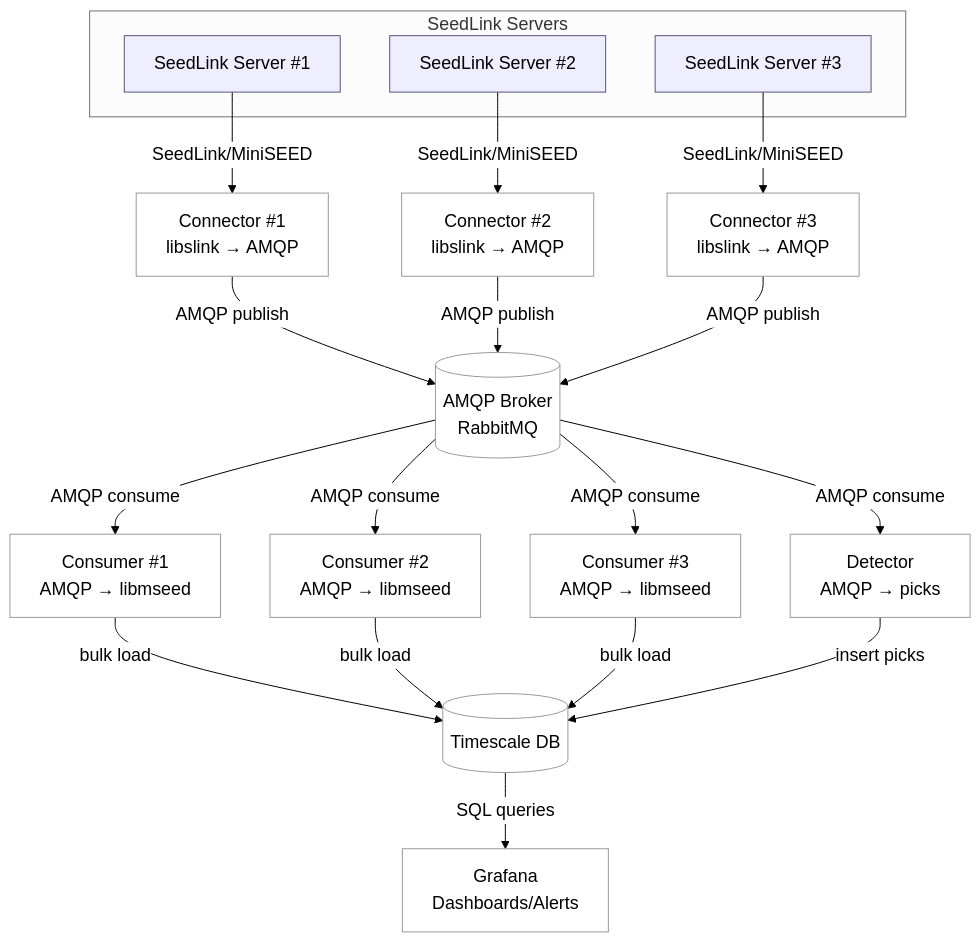
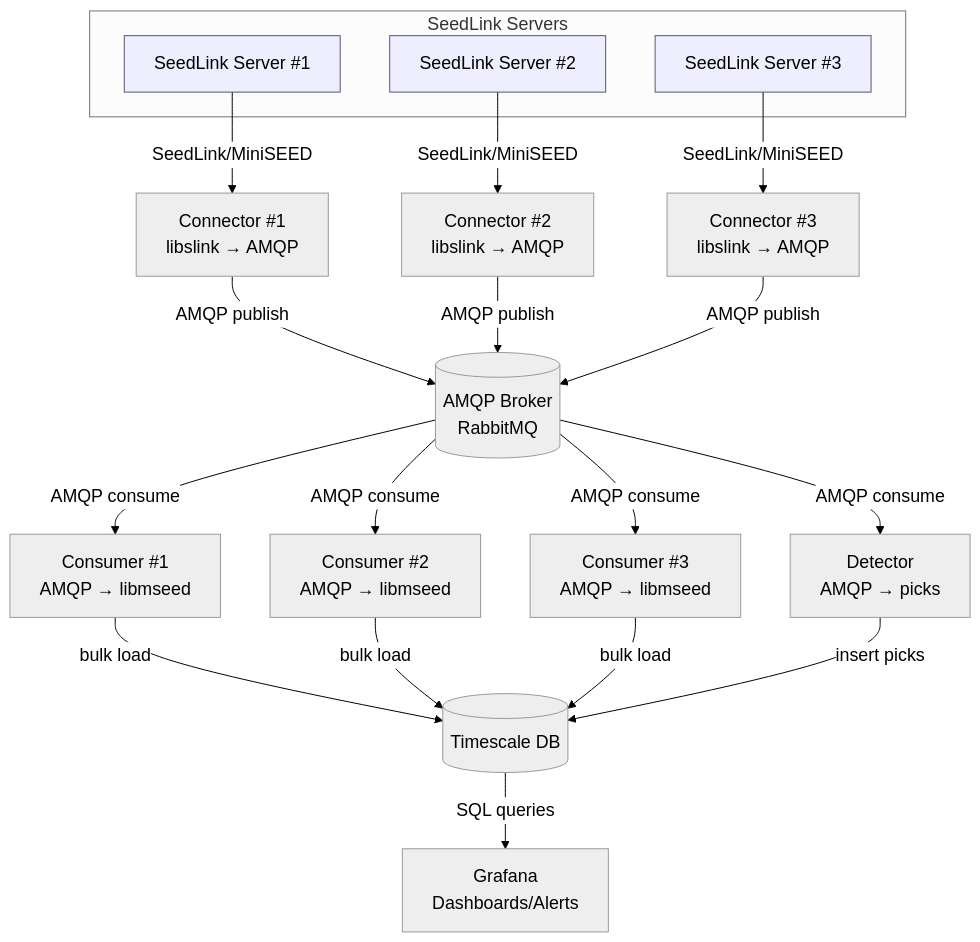
One commit to timkomate/seisstream changed the diagram in README.md. Above: the diagram before and after it, drawn with Mermaid. The commit also changed other lines of this file, not shown here.

````diff
--- a/README.md
+++ b/README.md
@@ -6,32 +10,32 @@
 ```mermaid
-%%{init: {"theme":"neutral","themeVariables":{"fontSize":"18px","primaryTextColor":"#000","lineColor":"#000","background":"#ffffff","mainBkg":"#ffffff"}}}%%
+%%{init: {"theme":"neutral","themeVariables":{"fontSize":"18px","primaryTextColor":"#000","lineColor":"#000"}}}%%
 flowchart TB
   subgraph SeedLink Servers
     SL1[SeedLink Server #1]:::src
     SL2[SeedLink Server #2]:::src
     SL3[SeedLink Server #3]:::src
   end
 
   SL1 -->|SeedLink/MiniSEED| CON1[Connector #1<br/>libslink → AMQP]
   SL2 -->|SeedLink/MiniSEED| CON2[Connector #2<br/>libslink → AMQP]
   SL3 -->|SeedLink/MiniSEED| CON3[Connector #3<br/>libslink → AMQP]
 
   CON1 -->|AMQP publish| MQ[(AMQP Broker<br/>RabbitMQ)]
   CON2 -->|AMQP publish| MQ
   CON3 -->|AMQP publish| MQ
 
   MQ -->|AMQP consume| CNS1[Consumer #1<br/>AMQP → libmseed]
   MQ -->|AMQP consume| CNS2[Consumer #2<br/>AMQP → libmseed]
   MQ -->|AMQP consume| CNS3[Consumer #3<br/>AMQP → libmseed]
   MQ -->|AMQP consume| DET[Detector<br/>AMQP → picks]
 
   CNS1 -->|bulk load| PG[(Timescale DB)]
   CNS2 -->|bulk load| PG
   CNS3 -->|bulk load| PG
   DET -->|insert picks| PG
 
   PG -->|SQL queries| GRAF[Grafana<br/>Dashboards/Alerts]
 
   classDef src fill:#eef,stroke:#557;
 
 ```
````
